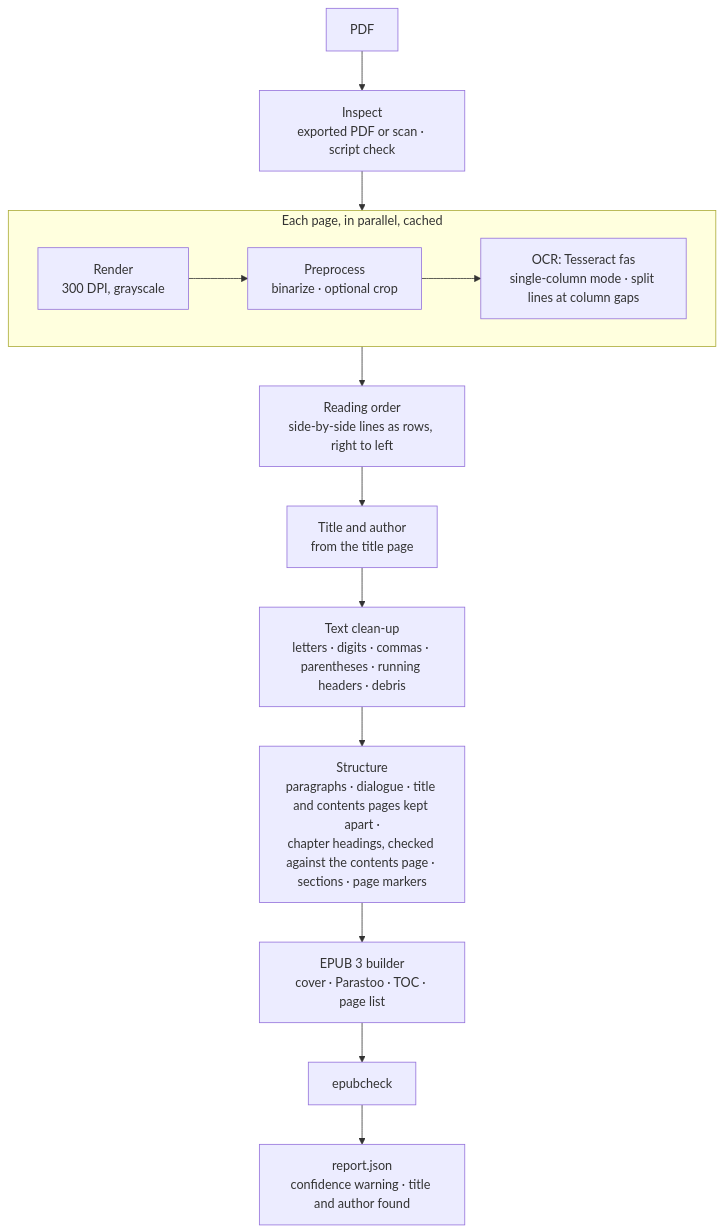
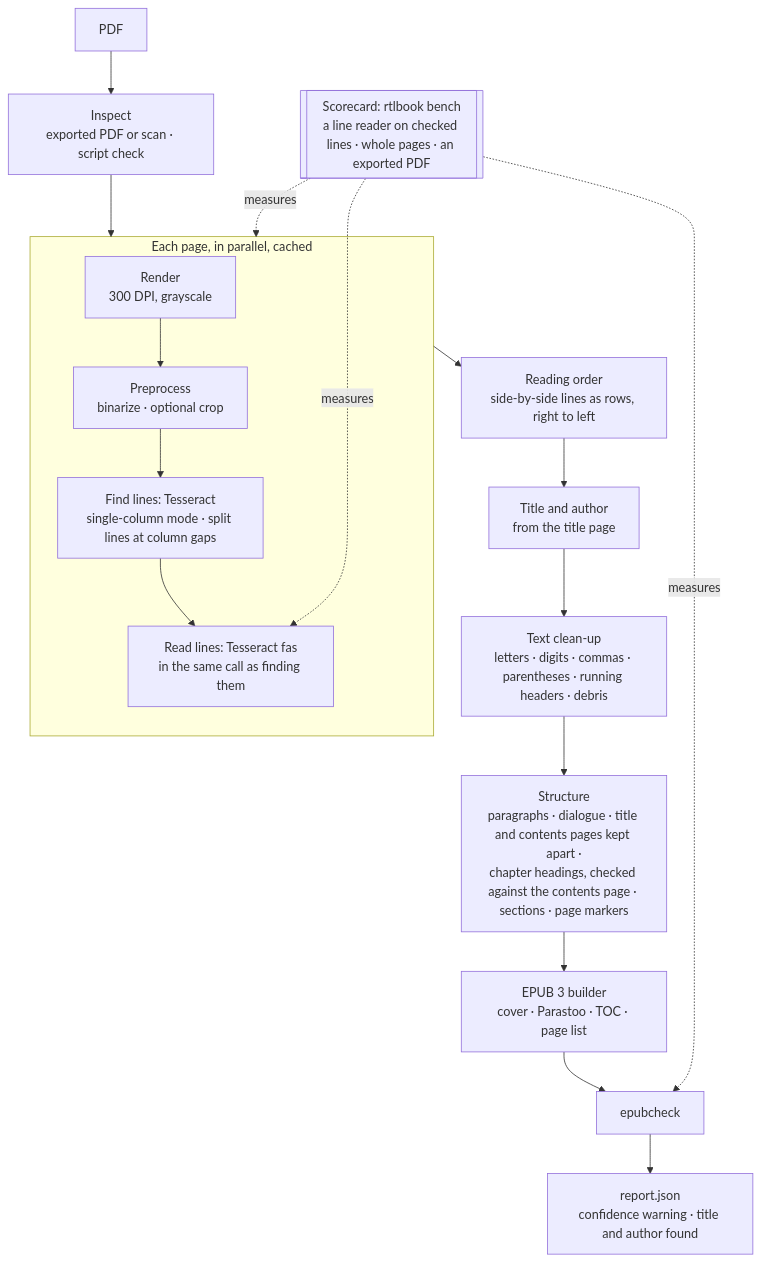
The diagram in docs/DESIGN.md (ardeshirj/rtlbook), drawn with Mermaid before and after one commit. The commit also changed other lines of this file and 1 other file, not shown here.

Commit message:
DESIGN.md, ROADMAP.md: the pipeline diagrams: today's with finding and reading lines as two steps (one Tesseract call) and the scorecard; the target with a line-finder slot, a reader slot chosen by document type, and confidence on one scale

````diff
--- a/docs/DESIGN.md
+++ b/docs/DESIGN.md
@@ -53,16 +53,20 @@
 ```mermaid
 flowchart TD
     A[PDF] --> B[Inspect<br/>exported PDF or scan · script check]
     B --> P
     subgraph P [Each page, in parallel, cached]
         C[Render<br/>300 DPI, grayscale] --> D[Preprocess<br/>binarize · optional crop]
-        D --> E[OCR: Tesseract fas<br/>single-column mode · split lines at column gaps]
+        D --> E1[Find lines: Tesseract<br/>single-column mode · split lines at column gaps]
+        E1 --> E2[Read lines: Tesseract fas<br/>in the same call as finding them]
     end
     P --> F[Reading order<br/>side-by-side lines as rows, right to left]
     F --> G[Title and author<br/>from the title page]
     G --> H[Text clean-up<br/>letters · digits · commas · parentheses · running headers · debris]
     H --> I[Structure<br/>paragraphs · dialogue · title and contents pages kept apart ·<br/>chapter headings, checked against the contents page · sections · page markers]
     I --> J[EPUB 3 builder<br/>cover · Parastoo · TOC · page list]
     J --> K[epubcheck]
     K --> R[report.json<br/>confidence warning · title and author found]
+    S[[Scorecard: rtlbook bench<br/>a line reader on checked lines · whole pages · an exported PDF]] -. measures .-> E2
+    S -. measures .-> P
+    S -. measures .-> K
 ```
````
